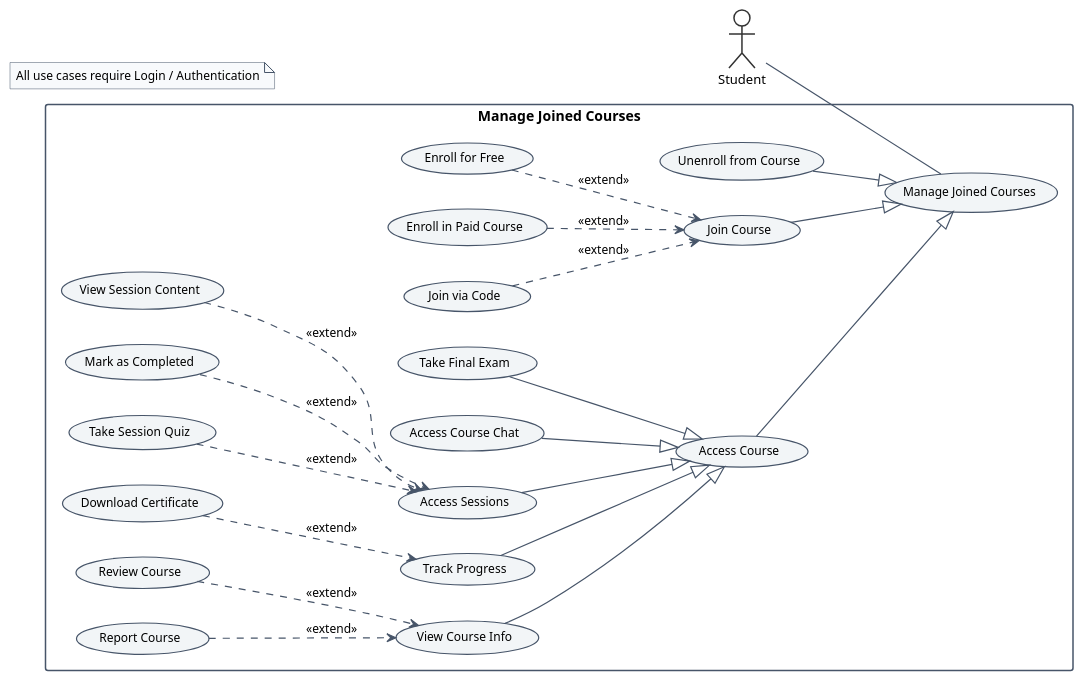
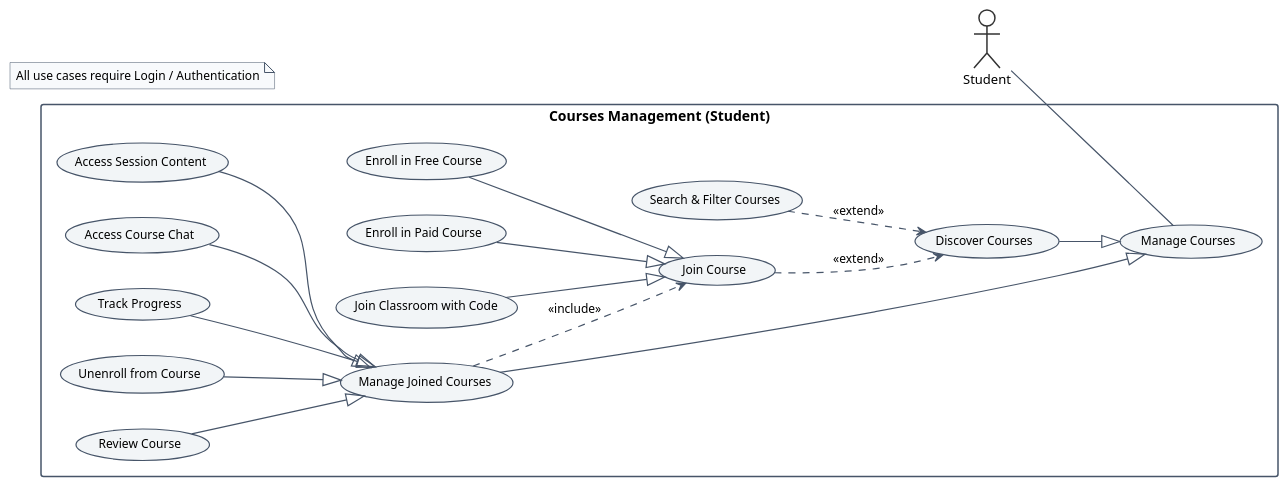
Before and after one commit to achrefbenkhaled/E-learning-platform-PFE-: the diagram in diagramme_utilisation_joined_courses.puml, drawn with PlantUML. The commit also changed 25 other files, not shown here.

```diff
--- a/diagramme_utilisation_joined_courses.puml
+++ b/diagramme_utilisation_joined_courses.puml
@@ -1,109 +1,96 @@
-@startuml Diagramme_Student_Joined_Courses
+@startuml Diagramme_Student_Courses
 
 left to right direction
 
 ' ================= CUSTOM SKINPARAM & STYLING =================
 skinparam BackgroundColor #FFFFFF
 skinparam defaultFontName Arial
 skinparam defaultFontSize 12
 
 skinparam actor {
     BackgroundColor #FFFFFF
     BorderColor #333333
     BorderThickness 1.5
     FontColor #000000
     FontSize 13
 }
 
 skinparam usecase {
     BackgroundColor #F2F5F7
     BorderColor #475569
     BorderThickness 1.2
     FontColor #000000
     FontSize 12
     ArrowColor #475569
     ArrowThickness 1.2
 }
 
 skinparam packageStyle rectangle
 skinparam rectangle {
     BorderColor #475569
     BorderThickness 1.5
     FontColor #000000
     FontSize 14
     FontStyle bold
 }
 
 skinparam note {
     BackgroundColor #F8FAFC
     BorderColor #475569
     FontColor #000000
     FontSize 12
 }
 
 ' ================= ACTORS =================
 actor "Student" as S
 
 ' ================= SYSTEM BOUNDARY =================
-rectangle "Manage Joined Courses" {
+rectangle "Courses Management (Student)" {
 
-    usecase "Manage Joined Courses" as ManageJoined
+    usecase "Manage Courses" as ManageCourses
 
-    ' --- Primary Generalizations ---
+    ' --- The Two Main Options ---
+    usecase "Discover Courses" as Discover
+    usecase "Manage Joined Courses" as JoinedCourses
+
+    Discover --|> ManageCourses
+    JoinedCourses --|> ManageCourses
+
+    ' --- Discover Courses Actions ---
+    usecase "Search & Filter Courses" as SearchCourses
     usecase "Join Course" as JoinCourse
-    usecase "Unenroll from Course" as UnenrollCourse
-    usecase "Access Course" as AccessCourse
+    
+    SearchCourses ..> Discover : <<extend>>
+    JoinCourse ..> Discover : <<extend>>
+    JoinedCourses ..> JoinCourse : <<include>>
 
-    JoinCourse --|> ManageJoined
-    UnenrollCourse --|> ManageJoined
-    AccessCourse --|> ManageJoined
+    ' --- Join Course Options (Generalizations) ---
+    usecase "Enroll in Free Course" as EnrollFree
+    usecase "Enroll in Paid Course" as EnrollPaid
+    usecase "Join Classroom with Code" as JoinCode
 
-    ' --- Join Course Extensions ---
-    usecase "Enroll for Free" as EnrollFree
-    usecase "Enroll in Paid Course" as EnrollPaid
-    usecase "Join via Code" as JoinCode
+    EnrollFree --|> JoinCourse
+    EnrollPaid --|> JoinCourse
+    JoinCode --|> JoinCourse
 
-    EnrollFree ..> JoinCourse : <<extend>>
-    EnrollPaid ..> JoinCourse : <<extend>>
-    JoinCode ..> JoinCourse : <<extend>>
+    ' --- After Joining (Options in Joined Courses) ---
+    usecase "Access Session Content" as AccessSessions
+    usecase "Access Course Chat" as AccessChat
+    usecase "Track Progress" as TrackProgress
+    usecase "Unenroll from Course" as Unenroll
 
-    ' --- Access Course Generalizations ---
-    usecase "View Course Info" as ViewInfo
-    usecase "Access Sessions" as AccessSessions
-    usecase "Take Final Exam" as FinalExam
-    usecase "Track Progress" as TrackProgress
-    usecase "Access Course Chat" as CourseChat
+    AccessSessions --|> JoinedCourses
+    AccessChat --|> JoinedCourses
+    TrackProgress --|> JoinedCourses
+    Unenroll --|> JoinedCourses
 
-    ViewInfo --|> AccessCourse
-    AccessSessions --|> AccessCourse
-    FinalExam --|> AccessCourse
-    TrackProgress --|> AccessCourse
-    CourseChat --|> AccessCourse
-
-    ' --- Session Extensions ---
-    usecase "View Session Content" as ViewSession
-    usecase "Mark as Completed" as CompleteSession
-    usecase "Take Session Quiz" as Quiz
-
-    ViewSession ..> AccessSessions : <<extend>>
-    CompleteSession ..> AccessSessions : <<extend>>
-    Quiz ..> AccessSessions : <<extend>>
-
-    ' --- Progress Extensions ---
-    usecase "Download Certificate" as Certificate
-    Certificate ..> TrackProgress : <<extend>>
-
-    ' --- Course Info Extensions ---
-    usecase "Review Course" as Review
-    usecase "Report Course" as ReportCourse
-    
-    Review ..> ViewInfo : <<extend>>
-    ReportCourse ..> ViewInfo : <<extend>>
+    usecase "Review Course" as ReviewCourse
+    ReviewCourse --|> JoinedCourses
 
 }
 
-S -- ManageJoined
+S -- ManageCourses
 
 note "All use cases require Login / Authentication" as AuthNote
 
 @enduml
```
